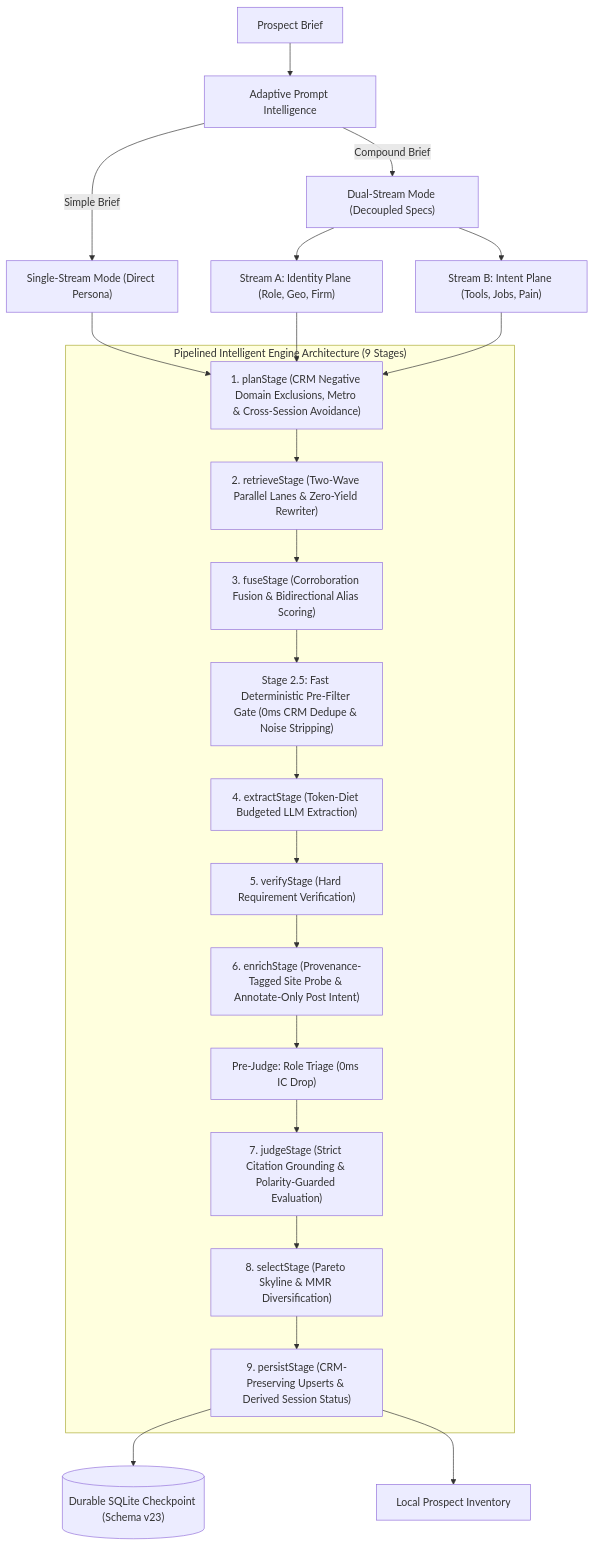
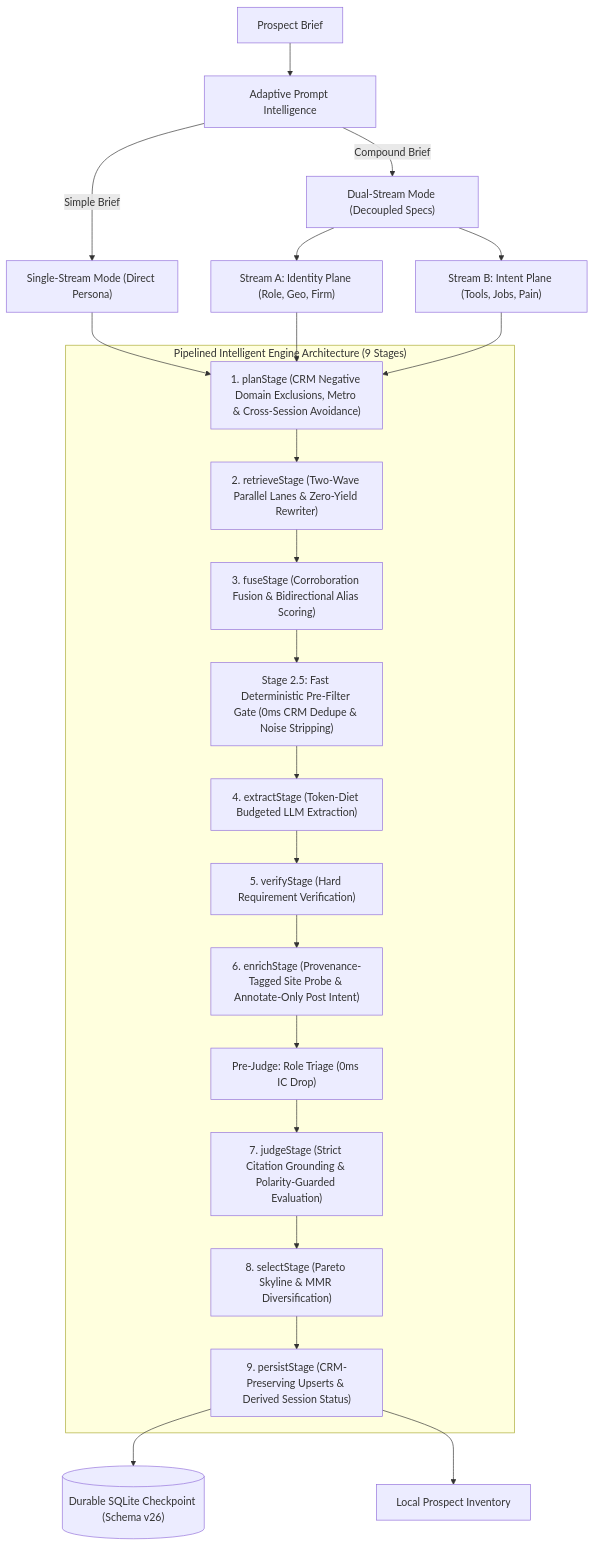
The first of 2 diagrams in README.md (AliasHolmes/Apex-CRM), drawn with Mermaid before and after one commit. The commit also changed other lines of this file and 3 other files, not shown here.

Commit message:
docs: sync README, CONTEXT, CODEBASE_INDEX, and ADR-0007 with schema v26 and dual concurrency

````diff
--- a/README.md
+++ b/README.md
@@ -44,31 +45,31 @@
 ```mermaid
 flowchart TD
     Brief["Prospect Brief"] --> Classifier["Adaptive Prompt Intelligence"]
     Classifier -->|Simple Brief| StreamIdentity["Single-Stream Mode (Direct Persona)"]
     Classifier -->|Compound Brief| StreamDual["Dual-Stream Mode (Decoupled Specs)"]
     StreamDual --> StreamA["Stream A: Identity Plane (Role, Geo, Firm)"]
     StreamDual --> StreamB["Stream B: Intent Plane (Tools, Jobs, Pain)"]
 
     subgraph Stages ["Pipelined Intelligent Engine Architecture (9 Stages)"]
         Plan["1. planStage (CRM Negative Domain Exclusions, Metro & Cross-Session Avoidance)"]
         Retrieve["2. retrieveStage (Two-Wave Parallel Lanes & Zero-Yield Rewriter)"]
         Fuse["3. fuseStage (Corroboration Fusion & Bidirectional Alias Scoring)"]
         PreFilter["Stage 2.5: Fast Deterministic Pre-Filter Gate (0ms CRM Dedupe & Noise Stripping)"]
         Extract["4. extractStage (Token-Diet Budgeted LLM Extraction)"]
         Verify["5. verifyStage (Hard Requirement Verification)"]
         Enrich["6. enrichStage (Provenance-Tagged Site Probe & Annotate-Only Post Intent)"]
         PreJudge["Pre-Judge: Role Triage (0ms IC Drop)"]
         Judge["7. judgeStage (Strict Citation Grounding & Polarity-Guarded Evaluation)"]
         Select["8. selectStage (Pareto Skyline & MMR Diversification)"]
         Persist["9. persistStage (CRM-Preserving Upserts & Derived Session Status)"]
 
         Plan --> Retrieve --> Fuse --> PreFilter --> Extract --> Verify --> Enrich --> PreJudge --> Judge --> Select --> Persist
     end
 
     StreamIdentity --> Plan
     StreamA --> Plan
     StreamB --> Plan
 
-    Persist --> Checkpoint[("Durable SQLite Checkpoint (Schema v23)")]
+    Persist --> Checkpoint[("Durable SQLite Checkpoint (Schema v26)")]
     Persist --> Inventory["Local Prospect Inventory"]
 ```
````
